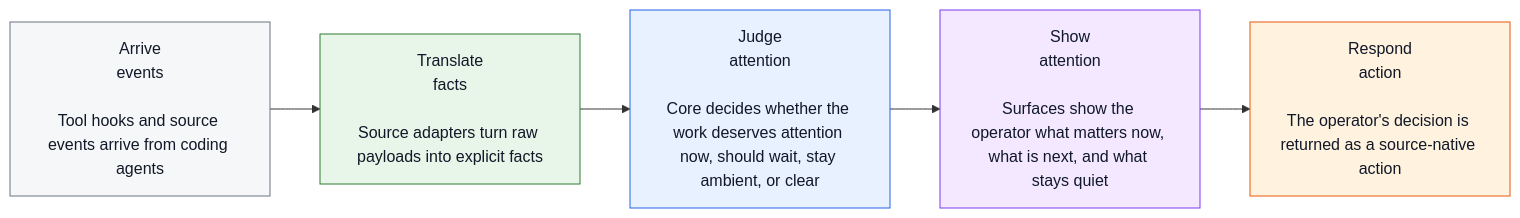
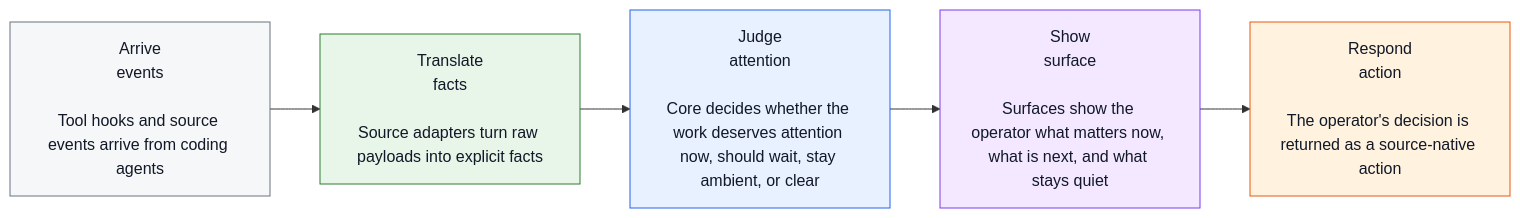
Before and after one commit to tomismeta/aperture: the first of 4 diagrams in docs/system-architecture-diagram.md, drawn with Mermaid. The commit also changed other lines of this file, not shown here.

Commit message:
docs: tighten napkin architecture labels

````diff
--- a/docs/system-architecture-diagram.md
+++ b/docs/system-architecture-diagram.md
@@ -143,22 +143,22 @@
 ```mermaid
 flowchart LR
   A["Arrive<br/>events<br/><br/>Tool hooks and source events arrive from coding agents"]
   T["Translate<br/>facts<br/><br/>Source adapters turn raw payloads into explicit facts"]
   J["Judge<br/>attention<br/><br/>Core decides whether the work deserves attention now, should wait, stay ambient, or clear"]
-  S["Show<br/>attention<br/><br/>Surfaces show the operator what matters now, what is next, and what stays quiet"]
+  S["Show<br/>surface<br/><br/>Surfaces show the operator what matters now, what is next, and what stays quiet"]
   R["Respond<br/>action<br/><br/>The operator's decision is returned as a source-native action"]
 
   A --> T --> J --> S --> R
 
   classDef source fill:#f6f7f8,stroke:#6b7280,color:#111827;
   classDef semantics fill:#e8f5e9,stroke:#2e7d32,color:#111827;
   classDef judgment fill:#e8f1ff,stroke:#2563eb,color:#111827;
   classDef state fill:#f3e8ff,stroke:#7c3aed,color:#111827;
   classDef egress fill:#fff3e0,stroke:#ea580c,color:#111827;
 
   class A source;
   class T semantics;
   class J judgment;
   class S state;
   class R egress;
 ```
````
